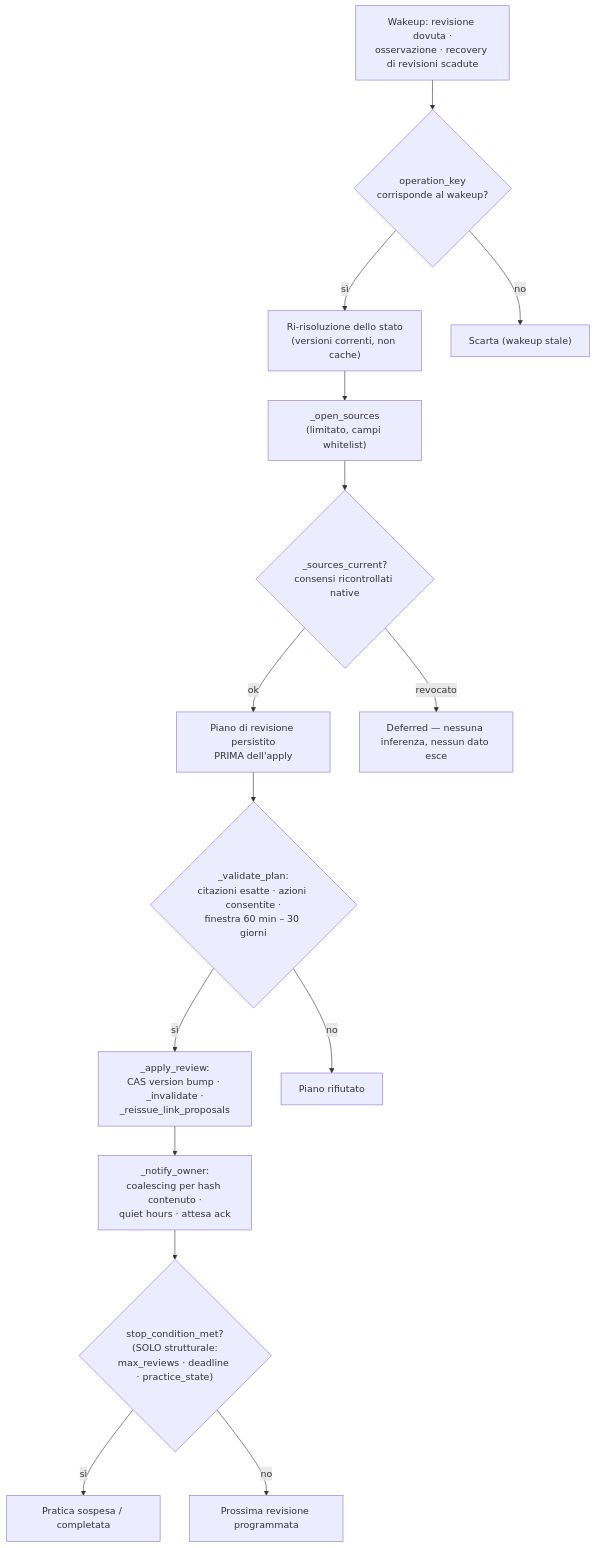
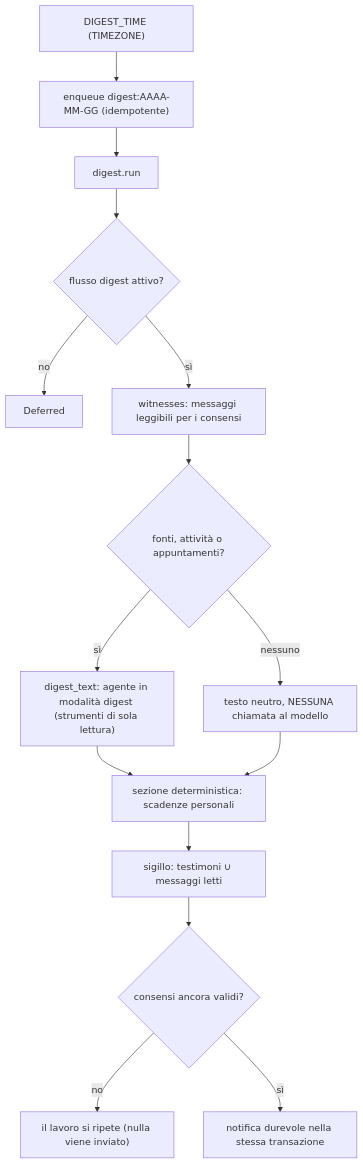
The fourth of 9 diagrams in AGENT_FLOWS.md (Hypaz-AI/p-secretary), drawn with Mermaid before and after one commit. The commit also changed other lines of this file and 131 other files, not shown here.

Commit message:
Refactor navigation and content structure in index.html; removed "Cosa seguo per te" and "Documenti e ricerca" sections, added "Agente" section with updated content and functionality.

````diff
--- a/AGENT_FLOWS.md
+++ b/AGENT_FLOWS.md
@@ -312,23 +168,17 @@
 ```mermaid
 flowchart TD
-    WAKE["Wakeup: revisione dovuta ·<br/>osservazione · recovery di revisioni scadute"]
-    MATCH{"operation_key<br/>corrisponde al wakeup?"}
-    STATE["Ri-risoluzione dello stato<br/>(versioni correnti, non cache)"]
-    SRC["_open_sources<br/>(limitato, campi whitelist)"]
-    CUR{"_sources_current?<br/>consensi ricontrollati native"}
-    PLAN2["Piano di revisione persistito<br/>PRIMA dell'apply"]
-    VAL{"_validate_plan:<br/>citazioni esatte · azioni consentite ·<br/>finestra 60 min – 30 giorni"}
-    APP["_apply_review:<br/>CAS version bump · _invalidate ·<br/>_reissue_link_proposals"]
-    NOT["_notify_owner:<br/>coalescing per hash contenuto ·<br/>quiet hours · attesa ack"]
-    STOPC{"stop_condition_met?<br/>(SOLO strutturale:<br/>max_reviews · deadline · practice_state)"}
-
-    WAKE --> MATCH
-    MATCH -->|"no"| DROP["Scarta (wakeup stale)"]
-    MATCH -->|"sì"| STATE --> SRC --> CUR
-    CUR -->|"revocato"| DEF["Deferred — nessuna inferenza, nessun dato esce"]
-    CUR -->|"ok"| PLAN2 --> VAL
-    VAL -->|"no"| REJ["Piano rifiutato"]
-    VAL -->|"sì"| APP --> NOT --> STOPC
-    STOPC -->|"sì"| FINE["Pratica sospesa / completata"]
-    STOPC -->|"no"| NEXT["Prossima revisione programmata"]
+    C["DIGEST_TIME (TIMEZONE)"] --> E["enqueue digest:AAAA-MM-GG (idempotente)"]
+    E --> R["digest.run"]
+    R --> F{"flusso digest attivo?"}
+    F -->|"no"| DF["Deferred"]
+    F -->|"sì"| W["witnesses: messaggi leggibili per i consensi"]
+    W --> N{"fonti, attività o appuntamenti?"}
+    N -->|"nessuno"| X["testo neutro, NESSUNA chiamata al modello"]
+    N -->|"sì"| M["digest_text: agente in modalità digest (strumenti di sola lettura)"]
+    M --> OL["sezione deterministica: scadenze personali"]
+    X --> OL
+    OL --> S["sigillo: testimoni ∪ messaggi letti"]
+    S --> V{"consensi ancora validi?"}
+    V -->|"no"| RT["il lavoro si ripete (nulla viene inviato)"]
+    V -->|"sì"| Q["notifica durevole nella stessa transazione"]
 ```
````
